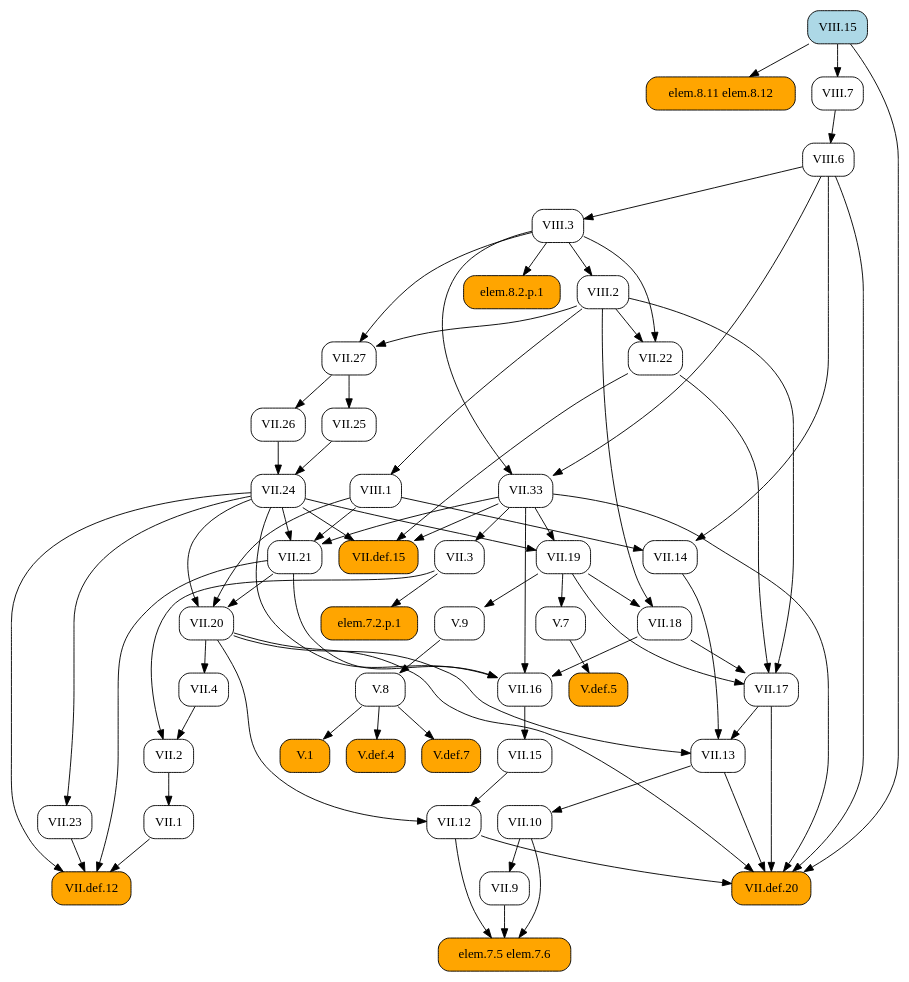
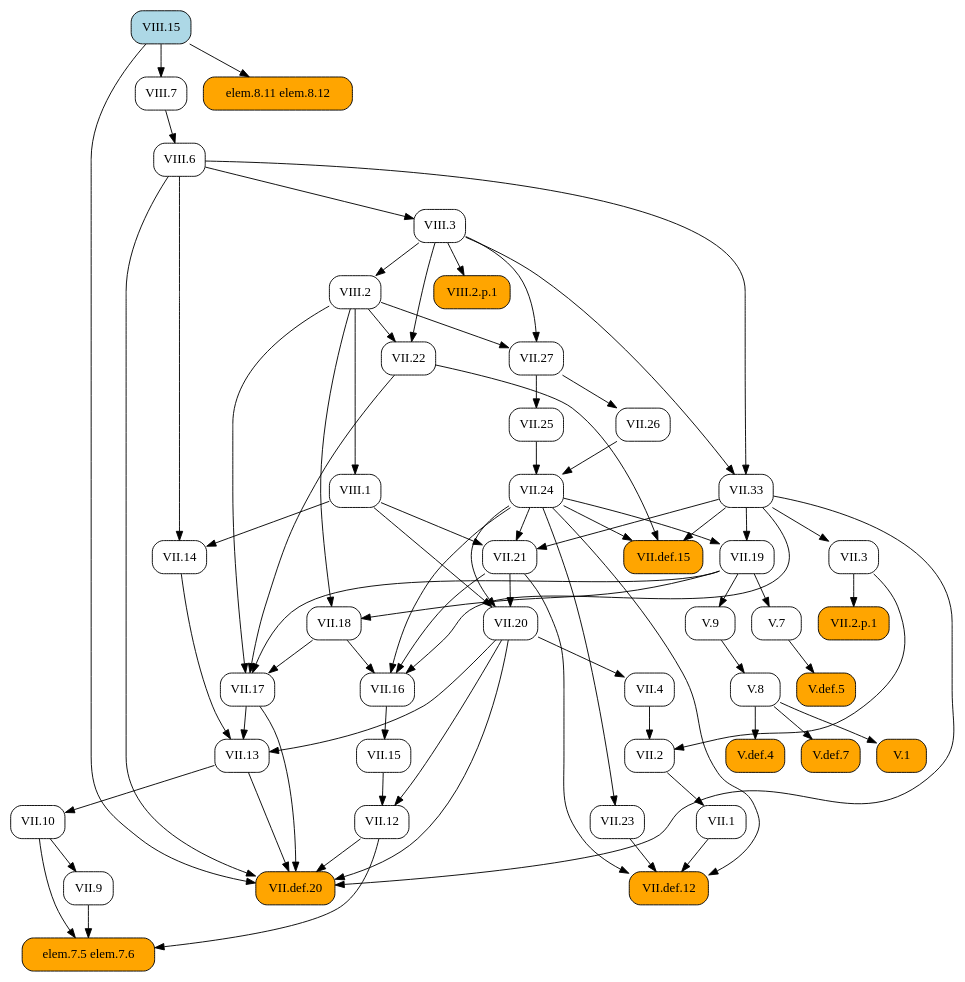
Before and after one commit to geometor/elements: the diagram in docsrc/heath/VIII/15/index.rst, drawn with Graphviz. The commit also changed 484 other files, not shown here.

```diff
--- a/docsrc/heath/VIII/15/index.rst
+++ b/docsrc/heath/VIII/15/index.rst
@@ -40,117 +40,86 @@
    digraph {
      rankdir="TB";
      node [shape=box, style=rounded];
-     "VII.1" [URL="/heath/VII/1/", target="_top"];
+     "VII.33" [URL="/heath/VII/33/", target="_top"];
+     "VII.12" [URL="/heath/VII/12/", target="_top"];
+     "VIII.6" [URL="/heath/VIII/6/", target="_top"];
+     "elem.7.5 elem.7.6" [style="rounded,filled", fillcolor=orange];
      "VII.9" [URL="/heath/VII/9/", target="_top"];
-     "V.def.5" [style="rounded,filled", fillcolor=orange, URL="/heath/V/def.5/", target="_top"];
-     "VII.3" [URL="/heath/VII/3/", target="_top"];
-     "VII.17" [URL="/heath/VII/17/", target="_top"];
-     "elem.7.5 elem.7.6" [style="rounded,filled", fillcolor=orange];
-     "V.7" [URL="/heath/V/7/", target="_top"];
-     "V.9" [URL="/heath/V/9/", target="_top"];
-     "VII.13" [URL="/heath/VII/13/", target="_top"];
-     "VII.2" [URL="/heath/VII/2/", target="_top"];
-     "VIII.1" [URL="/heath/VIII/1/", target="_top"];
      "VIII.2" [URL="/heath/VIII/2/", target="_top"];
-     "VII.12" [URL="/heath/VII/12/", target="_top"];
-     "elem.8.11 elem.8.12" [style="rounded,filled", fillcolor=orange];
-     "VIII.6" [URL="/heath/VIII/6/", target="_top"];
-     "VII.24" [URL="/heath/VII/24/", target="_top"];
-     "VII.def.12" [style="rounded,filled", fillcolor=orange, URL="/heath/VII/def.12/", target="_top"];
-     "V.8" [URL="/heath/V/8/", target="_top"];
-     "VII.33" [URL="/heath/VII/33/", target="_top"];
-     "elem.7.2.p.1" [style="rounded,filled", fillcolor=orange];
-     "VIII.7" [URL="/heath/VIII/7/", target="_top"];
-     "VII.10" [URL="/heath/VII/10/", target="_top"];
-     "VII.def.15" [style="rounded,filled", fillcolor=orange, URL="/heath/VII/def.15/", target="_top"];
-     "VII.19" [URL="/heath/VII/19/", target="_top"];
      "VII.18" [URL="/heath/VII/18/", target="_top"];
      "VII.16" [URL="/heath/VII/16/", target="_top"];
+     "V.7" [URL="/heath/V/7/", target="_top"];
      "VII.26" [URL="/heath/VII/26/", target="_top"];
-     "VII.4" [URL="/heath/VII/4/", target="_top"];
-     "VII.25" [URL="/heath/VII/25/", target="_top"];
-     "VII.21" [URL="/heath/VII/21/", target="_top"];
-     "V.1" [style="rounded,filled", fillcolor=orange, URL="/heath/V/1/", target="_top"];
-     "VII.20" [URL="/heath/VII/20/", target="_top"];
+     "V.def.5" [style="rounded,filled", fillcolor=orange, URL="/heath/V/def.5/", target="_top"];
+     "V.9" [URL="/heath/V/9/", target="_top"];
+     "VII.10" [URL="/heath/VII/10/", target="_top"];
+     "VIII.3" [URL="/heath/VIII/3/", target="_top"];
+     "VII.13" [URL="/heath/VII/13/", target="_top"];
+     "VIII.15" [style="rounded,filled", fillcolor=lightblue, URL="/heath/VIII/15/", target="_top"];
+     "VII.def.15" [style="rounded,filled", fillcolor=orange, URL="/heath/VII/def.15/", target="_top"];
+     "VIII.2.p.1" [style="rounded,filled", fillcolor=orange];
+     "VII.19" [URL="/heath/VII/19/", target="_top"];
+     "VII.17" [URL="/heath/VII/17/", target="_top"];
+     "VII.2" [URL="/heath/VII/2/", target="_top"];
+     "VII.def.20" [style="rounded,filled", fillcolor=orange, URL="/heath/VII/def.20/", target="_top"];
+     "VII.2.p.1" [style="rounded,filled", fillcolor=orange];
+     "VII.15" [URL="/heath/VII/15/", target="_top"];
+     "V.def.4" [style="rounded,filled", fillcolor=orange, URL="/heath/V/def.4/", target="_top"];
+     "VIII.7" [URL="/heath/VIII/7/", target="_top"];
+     "V.def.7" [style="rounded,filled", fillcolor=orange, URL="/heath/V/def.7/", target="_top"];
      "VII.14" [URL="/heath/VII/14/", target="_top"];
      "VII.27" [URL="/heath/VII/27/", target="_top"];
-     "VIII.3" [URL="/heath/VIII/3/", target="_top"];
-     "V.def.4" [style="rounded,filled", fillcolor=orange, URL="/heath/V/def.4/", target="_top"];
+     "VII.21" [URL="/heath/VII/21/", target="_top"];
      "VII.22" [URL="/heath/VII/22/", target="_top"];
-     "V.def.7" [style="rounded,filled", fillcolor=orange, URL="/heath/V/def.7/", target="_top"];
+     "VII.25" [URL="/heath/VII/25/", target="_top"];
+     "VIII.1" [URL="/heath/VIII/1/", target="_top"];
+     "VII.1" [URL="/heath/VII/1/", target="_top"];
+     "V.8" [URL="/heath/V/8/", target="_top"];
      "VII.23" [URL="/heath/VII/23/", target="_top"];
-     "VII.15" [URL="/heath/VII/15/", target="_top"];
-     "VIII.15" [style="rounded,filled", fillcolor=lightblue, URL="/heath/VIII/15/", target="_top"];
-     "VII.def.20" [style="rounded,filled", fillcolor=orange, URL="/heath/VII/def.20/", target="_top"];
-     "elem.8.2.p.1" [style="rounded,filled", fillcolor=orange];
-     "VII.2" -> "VII.1";
-     "VII.10" -> "VII.9";
-     "V.7" -> "V.def.5";
-     "VII.33" -> "VII.3";
-     "VII.18" -> "VII.17";
-     "VII.19" -> "VII.17";
-     "VII.22" -> "VII.17";
-     "VIII.2" -> "VII.17";
+     "VII.4" [URL="/heath/VII/4/", target="_top"];
+     "VII.def.12" [style="rounded,filled", fillcolor=orange, URL="/heath/VII/def.12/", target="_top"];
+     "V.1" [style="rounded,filled", fillcolor=orange, URL="/heath/V/1/", target="_top"];
+     "elem.8.11 elem.8.12" [style="rounded,filled", fillcolor=orange];
+     "VII.3" [URL="/heath/VII/3/", target="_top"];
+     "VII.24" [URL="/heath/VII/24/", target="_top"];
+     "VII.20" [URL="/heath/VII/20/", target="_top"];
+     "VIII.3" -> "VII.33";
+     "VIII.6" -> "VII.33";
+     "VII.15" -> "VII.12";
+     "VII.20" -> "VII.12";
+     "VIII.7" -> "VIII.6";
      "VII.9" -> "elem.7.5 elem.7.6";
      "VII.10" -> "elem.7.5 elem.7.6";
      "VII.12" -> "elem.7.5 elem.7.6";
-     "VII.19" -> "V.7";
-     "VII.19" -> "V.9";
-     "VII.14" -> "VII.13";
-     "VII.17" -> "VII.13";
-     "VII.20" -> "VII.13";
-     "VII.3" -> "VII.2";
-     "VII.4" -> "VII.2";
-     "VIII.2" -> "VIII.1";
+     "VII.10" -> "VII.9";
      "VIII.3" -> "VIII.2";
-     "VII.15" -> "VII.12";
-     "VII.20" -> "VII.12";
-     "VIII.15" -> "elem.8.11 elem.8.12";
-     "VIII.7" -> "VIII.6";
-     "VII.25" -> "VII.24";
-     "VII.26" -> "VII.24";
-     "VII.1" -> "VII.def.12";
-     "VII.21" -> "VII.def.12";
-     "VII.23" -> "VII.def.12";
-     "VII.24" -> "VII.def.12";
-     "V.9" -> "V.8";
-     "VIII.3" -> "VII.33";
-     "VIII.6" -> "VII.33";
-     "VII.3" -> "elem.7.2.p.1";
-     "VIII.15" -> "VIII.7";
-     "VII.13" -> "VII.10";
-     "VII.22" -> "VII.def.15";
-     "VII.24" -> "VII.def.15";
-     "VII.33" -> "VII.def.15";
-     "VII.24" -> "VII.19";
-     "VII.33" -> "VII.19";
      "VII.19" -> "VII.18";
      "VIII.2" -> "VII.18";
      "VII.18" -> "VII.16";
      "VII.21" -> "VII.16";
      "VII.24" -> "VII.16";
      "VII.33" -> "VII.16";
+     "VII.19" -> "V.7";
      "VII.27" -> "VII.26";
-     "VII.20" -> "VII.4";
-     "VII.27" -> "VII.25";
-     "VII.24" -> "VII.21";
-     "VII.33" -> "VII.21";
-     "VIII.1" -> "VII.21";
-     "V.8" -> "V.1";
-     "VII.21" -> "VII.20";
-     "VII.24" -> "VII.20";
-     "VIII.1" -> "VII.20";
-     "VIII.1" -> "VII.14";
-     "VIII.6" -> "VII.14";
-     "VIII.2" -> "VII.27";
-     "VIII.3" -> "VII.27";
+     "V.7" -> "V.def.5";
+     "VII.19" -> "V.9";
+     "VII.13" -> "VII.10";
      "VIII.6" -> "VIII.3";
-     "V.8" -> "V.def.4";
-     "VIII.2" -> "VII.22";
-     "VIII.3" -> "VII.22";
-     "V.8" -> "V.def.7";
-     "VII.24" -> "VII.23";
-     "VII.16" -> "VII.15";
+     "VII.14" -> "VII.13";
+     "VII.17" -> "VII.13";
+     "VII.20" -> "VII.13";
+     "VII.22" -> "VII.def.15";
+     "VII.24" -> "VII.def.15";
+     "VII.33" -> "VII.def.15";
+     "VIII.3" -> "VIII.2.p.1";
+     "VII.24" -> "VII.19";
+     "VII.33" -> "VII.19";
+     "VII.18" -> "VII.17";
+     "VII.19" -> "VII.17";
+     "VII.22" -> "VII.17";
+     "VIII.2" -> "VII.17";
+     "VII.3" -> "VII.2";
+     "VII.4" -> "VII.2";
      "VII.12" -> "VII.def.20";
      "VII.13" -> "VII.def.20";
      "VII.17" -> "VII.def.20";
@@ -158,5 +127,36 @@
      "VII.33" -> "VII.def.20";
      "VIII.6" -> "VII.def.20";
      "VIII.15" -> "VII.def.20";
-     "VIII.3" -> "elem.8.2.p.1";
+     "VII.3" -> "VII.2.p.1";
+     "VII.16" -> "VII.15";
+     "V.8" -> "V.def.4";
+     "VIII.15" -> "VIII.7";
+     "V.8" -> "V.def.7";
+     "VIII.1" -> "VII.14";
+     "VIII.6" -> "VII.14";
+     "VIII.2" -> "VII.27";
+     "VIII.3" -> "VII.27";
+     "VII.24" -> "VII.21";
+     "VII.33" -> "VII.21";
+     "VIII.1" -> "VII.21";
+     "VIII.2" -> "VII.22";
+     "VIII.3" -> "VII.22";
+     "VII.27" -> "VII.25";
+     "VIII.2" -> "VIII.1";
+     "VII.2" -> "VII.1";
+     "V.9" -> "V.8";
+     "VII.24" -> "VII.23";
+     "VII.20" -> "VII.4";
+     "VII.1" -> "VII.def.12";
+     "VII.21" -> "VII.def.12";
+     "VII.23" -> "VII.def.12";
+     "VII.24" -> "VII.def.12";
+     "V.8" -> "V.1";
+     "VIII.15" -> "elem.8.11 elem.8.12";
+     "VII.33" -> "VII.3";
+     "VII.25" -> "VII.24";
+     "VII.26" -> "VII.24";
+     "VII.21" -> "VII.20";
+     "VII.24" -> "VII.20";
+     "VIII.1" -> "VII.20";
    }
```
